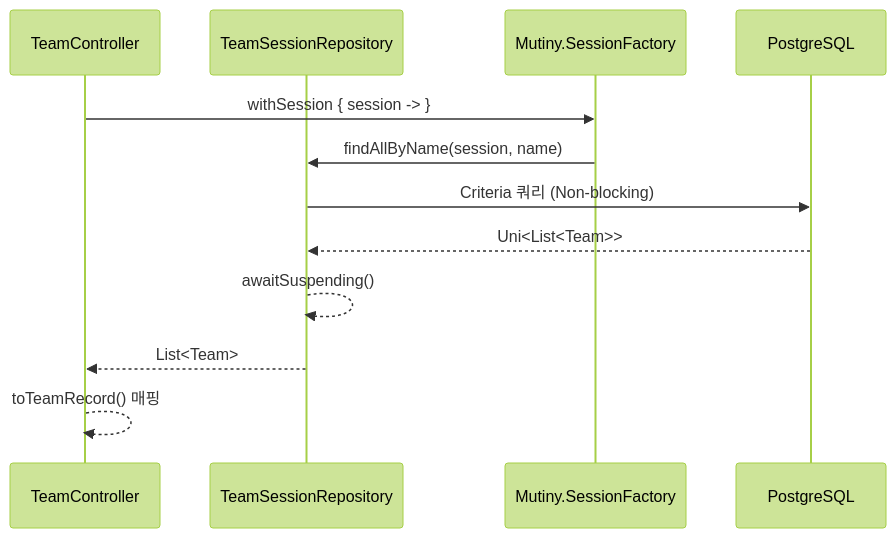
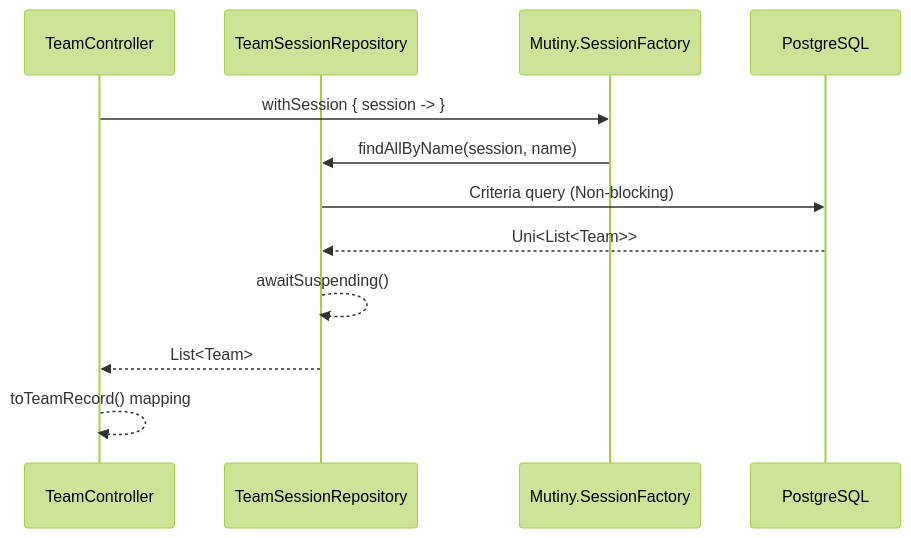
One commit to bluetape4k/exposed-workshop changed the first of 3 diagrams in 02-alternatives-to-jpa/hibernate-reactive-example/README.md. Above: the diagram before and after it, drawn with Mermaid (forest theme). The commit also changed other lines of this file and 115 other files, not shown here.

````diff
--- a/02-alternatives-to-jpa/hibernate-reactive-example/README.md
+++ b/02-alternatives-to-jpa/hibernate-reactive-example/README.md
@@ -20,14 +20,14 @@
 ```mermaid
 sequenceDiagram
     participant C as TeamController
     participant R as TeamSessionRepository
     participant SF as Mutiny.SessionFactory
     participant DB as PostgreSQL
     C ->> SF: withSession { session -> }
     SF ->> R: findAllByName(session, name)
-    R ->> DB: Criteria 쿼리 (Non-blocking)
+    R ->> DB: Criteria query (Non-blocking)
     DB -->> R: Uni<List<Team>>
     R -->> R: awaitSuspending()
     R -->> C: List<Team>
-    C -->> C: toTeamRecord() 매핑
+    C -->> C: toTeamRecord() mapping
 ```
````
